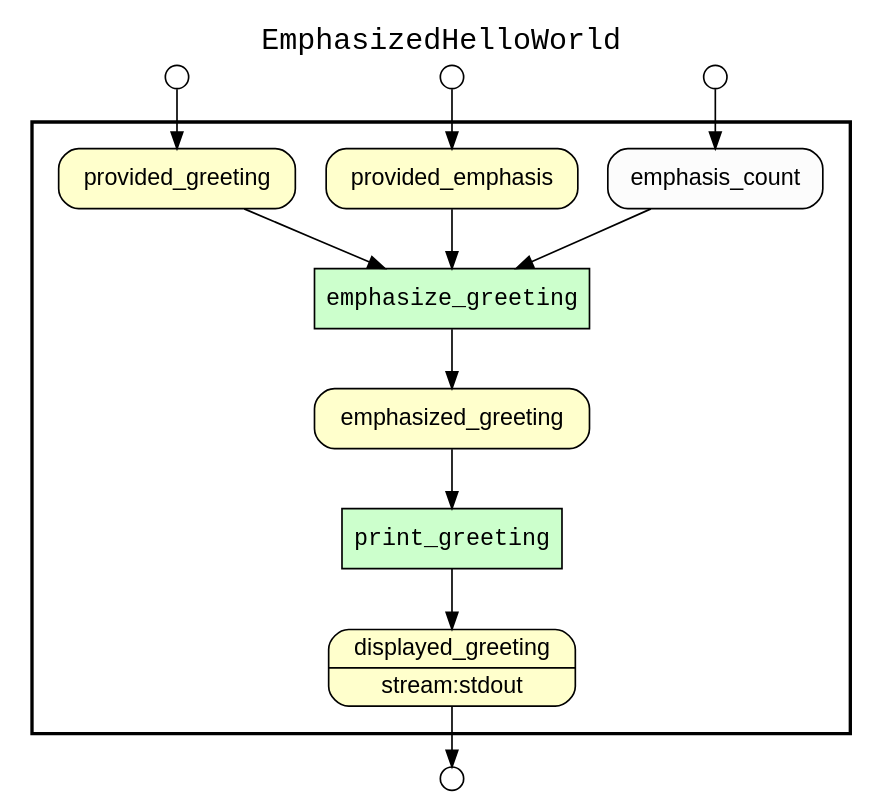
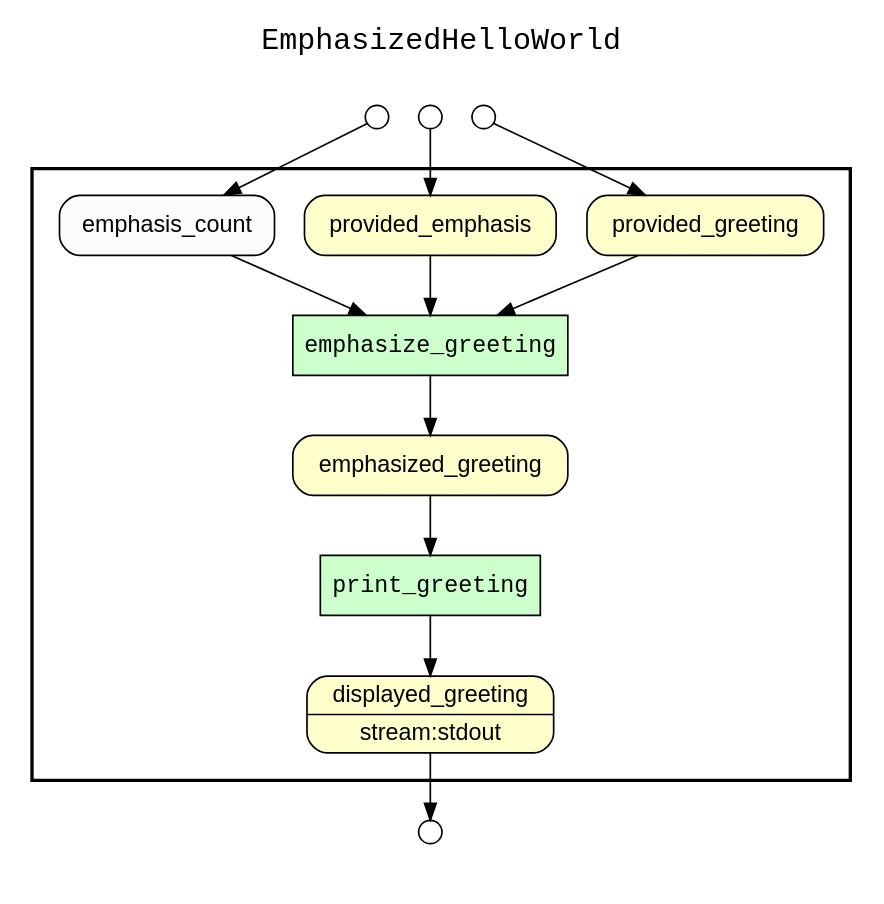
The diagram in examples/04_iterative_emphasis/workflow_graph.gv (yesworkflow-org/yw-noworkflow), drawn with Graphviz before and after one commit. The commit also changed 17 other files, not shown here.

```diff
--- a/examples/04_iterative_emphasis/workflow_graph.gv
+++ b/examples/04_iterative_emphasis/workflow_graph.gv
@@ -1,70 +1,84 @@
 
 /* Start of top-level graph */
 digraph Workflow {
 rankdir=TB
 
 /* Title for graph */
 fontname=Courier; fontsize=18; labelloc=t
 label=EmphasizedHelloWorld
 
 /* Start of double cluster for drawing box around nodes in workflow */
 subgraph cluster_workflow_box_outer { label=""; color=black; penwidth=2
 subgraph cluster_workflow_box_inner { label=""; color=white
 
 /* Style for nodes representing atomic programs in workflow */
 node[shape=box style=filled fillcolor="#CCFFCC" peripheries=1 fontname=Courier]
 
 /* Nodes representing atomic programs in workflow */
 emphasize_greeting
 print_greeting
 
 /* Style for nodes representing non-parameter data channels in workflow */
 node[shape=box style="rounded,filled" fillcolor="#FFFFCC" peripheries=1 fontname=Helvetica]
 
 /* Nodes for non-parameter data channels in workflow */
 displayed_greeting [shape=record rankdir=LR label="{<f0> displayed_greeting |<f1> stream\:stdout}"];
 provided_greeting
 provided_emphasis
 emphasized_greeting
 
 /* Style for nodes representing parameter channels in workflow */
 node[shape=box style="rounded,filled" fillcolor="#FCFCFC" peripheries=1 fontname=Helvetica]
 
 /* Nodes representing parameter channels in workflow */
 emphasis_count
 
 /* Edges representing connections between programs and channels */
 emphasize_greeting -> emphasized_greeting
 provided_greeting -> emphasize_greeting
 provided_emphasis -> emphasize_greeting
 emphasis_count -> emphasize_greeting
 print_greeting -> displayed_greeting
 emphasized_greeting -> print_greeting
 
 /* End of double cluster for drawing box around nodes in workflow */
 }}
 
+/* Hidden double-cluster for grouping workflow input ports */
+subgraph cluster_input_ports_group_outer { label=""; color=white
+subgraph cluster_input_ports_group_inner { label=""; color=white
+
 /* Style for nodes representing workflow input ports */
 node[shape=circle style="rounded,filled" fillcolor="#FFFFFF" peripheries=1 fontname=Helvetica width=0.2]
 
 /* Nodes representing workflow input ports */
 provided_greeting_input_port [label=""]
 provided_emphasis_input_port [label=""]
 emphasis_count_input_port [label=""]
 
+/* End of double-cluster for grouping workflow input ports */
+}}
+
+/* Hidden double-cluster for grouping workflow output ports */
+subgraph cluster_output_ports_group_outer { label=""; color=white
+subgraph cluster_output_ports_group_inner { label=""; color=white
+
 /* Style for nodes representing workflow output ports */
 node[shape=circle style="rounded,filled" fillcolor="#FFFFFF" peripheries=1 fontname=Helvetica width=0.2]
 
 /* Nodes representing workflow output ports */
 displayed_greeting_output_port [label=""]
+
+/* End of double-cluster for grouping workflow output ports */
+}}
 
 /* Edges from input ports to channels */
 provided_greeting_input_port -> provided_greeting
 provided_emphasis_input_port -> provided_emphasis
 emphasis_count_input_port -> emphasis_count
 
 /* Edges from channels to output ports */
 displayed_greeting -> displayed_greeting_output_port
 
 /* End of top-level graph */
 }
```
